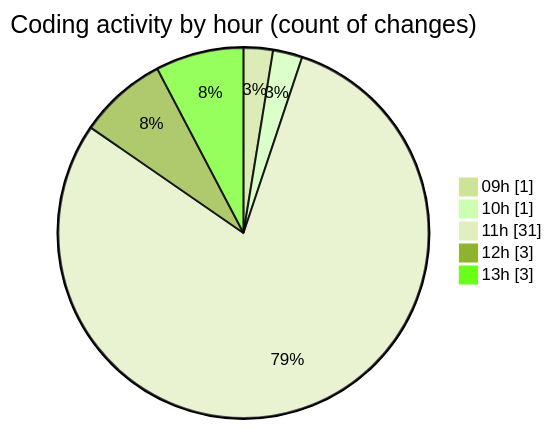
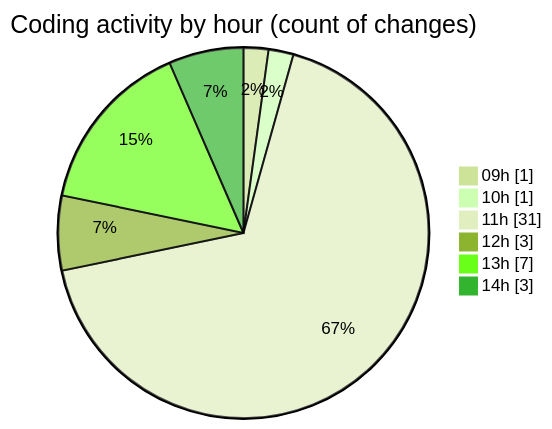
One commit to momahboobian/code-tracking changed the second of 2 diagrams in 2026-01-28/cda/README.md. Above: the diagram before and after it, drawn with Mermaid (forest theme). The commit also changed other lines of this file and 1 other file, not shown here.

````diff
--- a/2026-01-28/cda/README.md
+++ b/2026-01-28/cda/README.md
@@ -33,9 +33,10 @@
 ```mermaid
 pie showData
 title Coding activity by hour (count of changes)
 "09h" : 1
 "10h" : 1
 "11h" : 31
 "12h" : 3
-"13h" : 3
+"13h" : 7
+"14h" : 3
 ```
````
